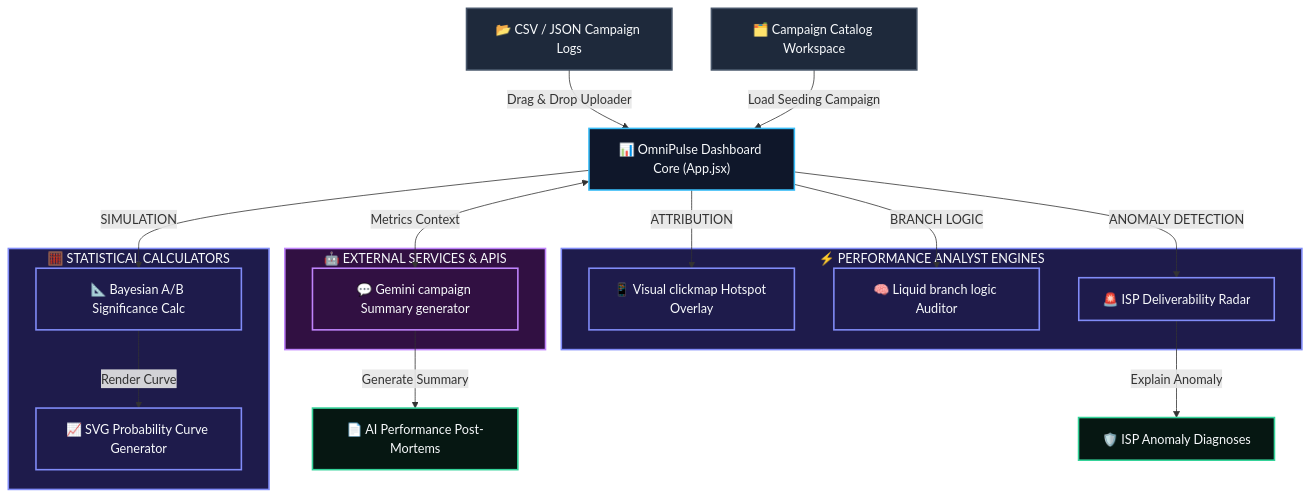
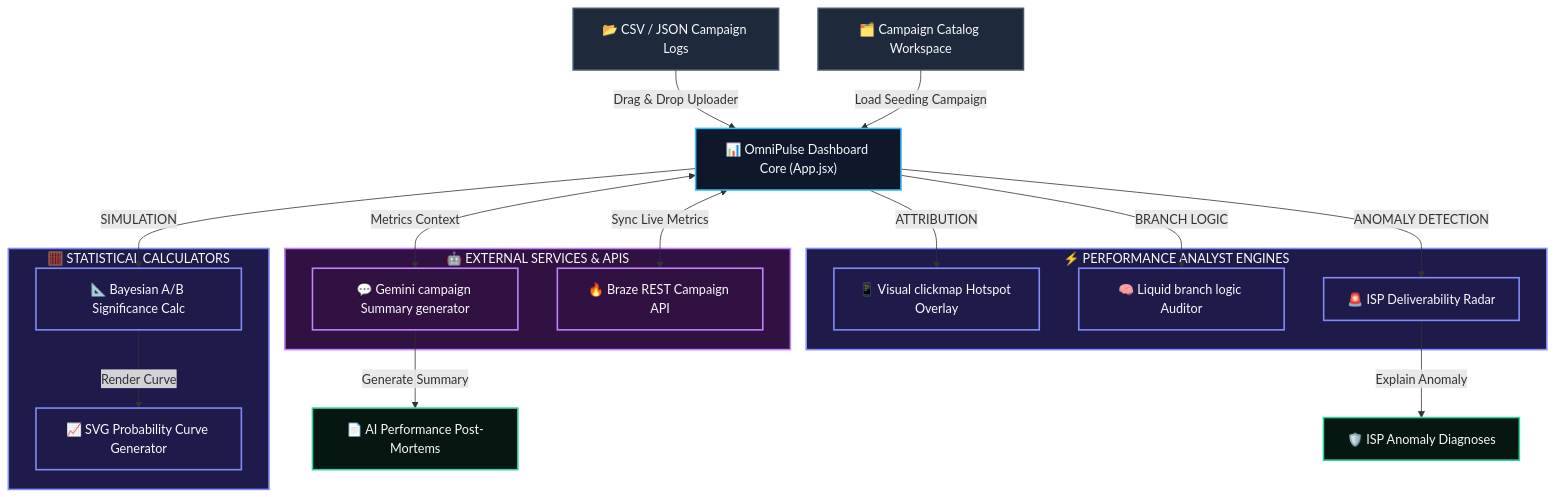
The diagram in README.md (mzubtsova/OmniPulse), drawn with Mermaid before and after one commit. The commit also changed other lines of this file, not shown here.

Commit message:
docs: update system diagram and features with Braze sync, duplicate checks, and UX details

````diff
--- a/README.md
+++ b/README.md
@@ -12,51 +12,54 @@
 ```mermaid
 flowchart TD
     %% Styling Definitions
     classDef source fill:#1e293b,stroke:#475569,stroke-width:2px,color:#f8fafc;
     classDef core fill:#0f172a,stroke:#38bdf8,stroke-width:2px,color:#f8fafc;
     classDef engine fill:#1e1b4b,stroke:#818cf8,stroke-width:2px,color:#f8fafc;
     classDef api fill:#311042,stroke:#c084fc,stroke-width:2px,color:#f8fafc;
     classDef output fill:#061712,stroke:#34d399,stroke-width:2px,color:#f8fafc;
 
     %% Nodes
     Logs["📂 CSV / JSON Campaign Logs"]:::source
     Catalog["🗂️ Campaign Catalog Workspace"]:::source
     
     App["📊 OmniPulse Dashboard Core (App.jsx)"]:::core
     
     subgraph AnalyticsEngines ["⚡ PERFORMANCE ANALYST ENGINES"]
         Clickmap["📱 Visual clickmap Hotspot Overlay"]
         LiquidBranch["🧠 Liquid branch logic Auditor"]
         Radar["🚨 ISP Deliverability Radar"]
     end
     class AnalyticsEngines,Clickmap,LiquidBranch,Radar engine;
     
     subgraph StatsCalculators ["🧮 STATISTICAL CALCULATORS"]
         Bayesian["📐 Bayesian A/B Significance Calc"]
         CurveGenerator["📈 SVG Probability Curve Generator"]
     end
     class StatsCalculators,Bayesian,CurveGenerator engine;
 
     subgraph ExternalServices ["🤖 EXTERNAL SERVICES & APIS"]
         Gemini["💬 Gemini campaign Summary generator"]
+        Braze["🔥 Braze REST Campaign API"]
     end
-    class ExternalServices,Gemini api;
+    class ExternalServices,Gemini,Braze api;
 
     ExecutiveReport["📄 AI Performance Post-Mortems"]:::output
     AnomalyReport["🛡️ ISP Anomaly Diagnoses"]:::output
     
     %% Flows
     Logs -->|Drag & Drop Uploader| App
     Catalog -->|Load Seeding Campaign| App
     
     App -->|ATTRIBUTION| Clickmap
     App -->|BRANCH LOGIC| LiquidBranch
     App -->|ANOMALY DETECTION| Radar
     
     App -->|SIMULATION| Bayesian
     Bayesian -->|Render Curve| CurveGenerator
     
     App <-->|Metrics Context| Gemini
     Gemini -->|Generate Summary| ExecutiveReport
     Radar -->|Explain Anomaly| AnomalyReport
+    
+    App <-->|Sync Live Metrics| Braze
 ```
````
